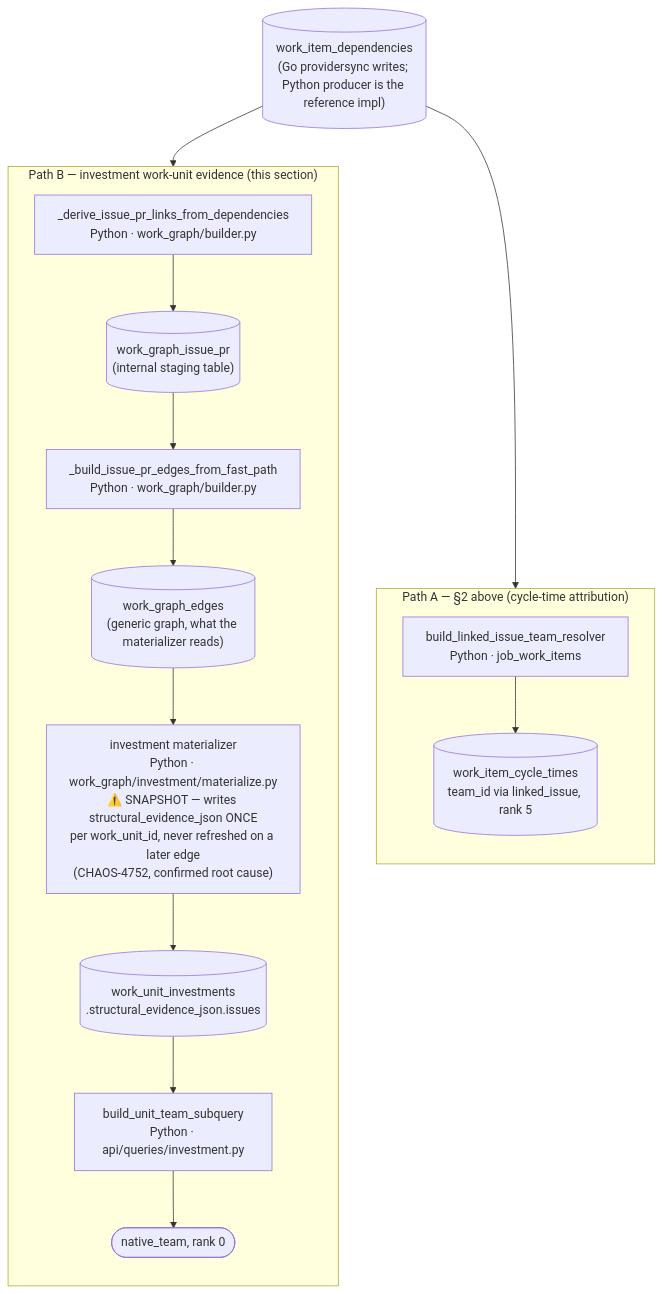
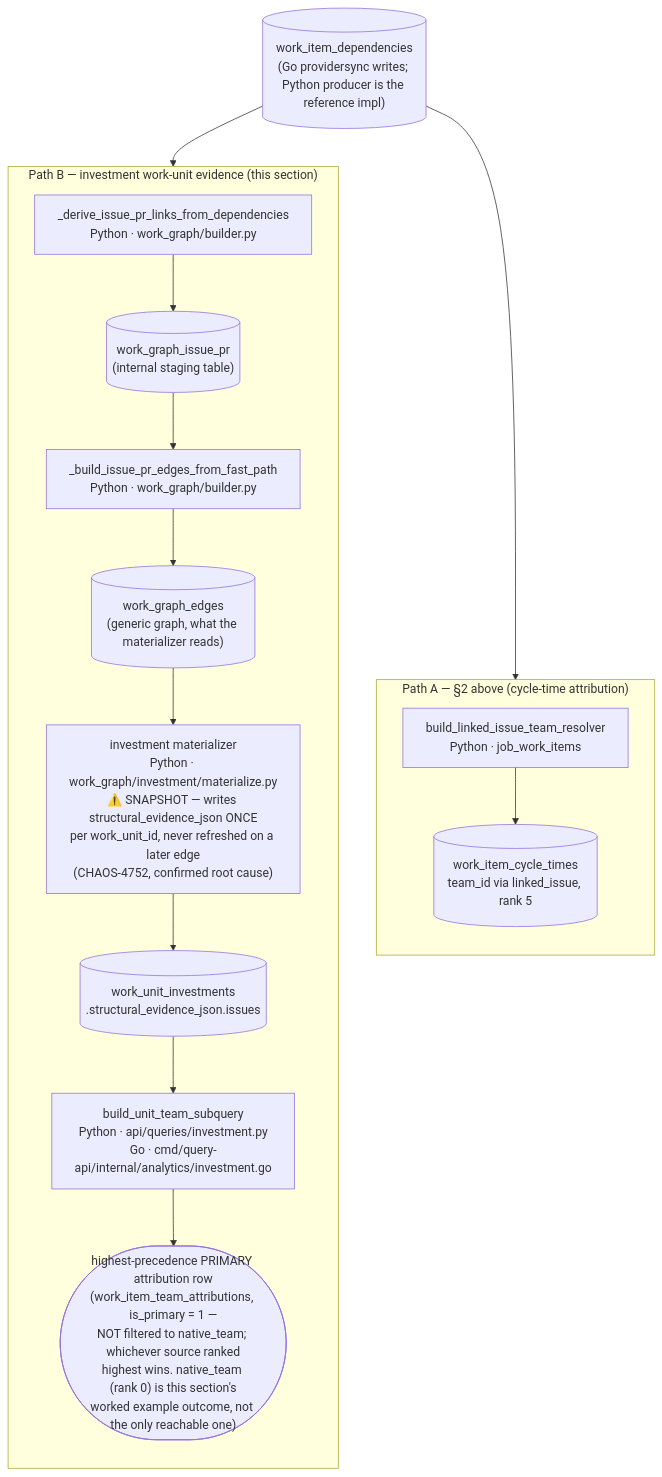
Before and after one commit to full-chaos/dev-health-ops: the fifth of 9 diagrams in docs/contribute/architecture/team-attribution.md, drawn with Mermaid. The commit also changed other lines of this file, not shown here.

First line of the commit message:
Fix three factual overstatements in the new PR-issue linkage diagram

````diff
--- a/docs/contribute/architecture/team-attribution.md
+++ b/docs/contribute/architecture/team-attribution.md
@@ -1337,27 +1337,27 @@
 ```mermaid
 flowchart TD
     WID[("work_item_dependencies<br/>(Go providersync writes; Python producer is the reference impl)")]
 
     subgraph PathA["Path A — §2 above (cycle-time attribution)"]
         direction TB
         BuildResolver["build_linked_issue_team_resolver<br/>Python · job_work_items"]
         CycleTimes[("work_item_cycle_times<br/>team_id via linked_issue, rank 5")]
         BuildResolver --> CycleTimes
     end
 
     subgraph PathB["Path B — investment work-unit evidence (this section)"]
         direction TB
         Derive["_derive_issue_pr_links_from_dependencies<br/>Python · work_graph/builder.py"]
         WGIP[("work_graph_issue_pr<br/>(internal staging table)")]
         FastPath["_build_issue_pr_edges_from_fast_path<br/>Python · work_graph/builder.py"]
         WGE[("work_graph_edges<br/>(generic graph, what the materializer reads)")]
         Materialize["investment materializer<br/>Python · work_graph/investment/materialize.py<br/>⚠️ SNAPSHOT — writes structural_evidence_json ONCE<br/>per work_unit_id, never refreshed on a later edge<br/>(CHAOS-4752, confirmed root cause)"]
         SEJ[("work_unit_investments<br/>.structural_evidence_json.issues")]
-        UnitTeam["build_unit_team_subquery<br/>Python · api/queries/investment.py"]
-        NativeTeam(["native_team, rank 0"])
-        Derive --> WGIP --> FastPath --> WGE --> Materialize --> SEJ --> UnitTeam --> NativeTeam
+        UnitTeam["build_unit_team_subquery<br/>Python · api/queries/investment.py<br/>Go · cmd/query-api/internal/analytics/investment.go"]
+        Resolved(["highest-precedence PRIMARY attribution row<br/>(work_item_team_attributions, is_primary = 1 —<br/>NOT filtered to native_team; whichever source ranked<br/>highest wins. native_team (rank 0) is this section's<br/>worked example outcome, not the only reachable one)"])
+        Derive --> WGIP --> FastPath --> WGE --> Materialize --> SEJ --> UnitTeam --> Resolved
     end
 
     WID --> BuildResolver
     WID --> Derive
 ```
````
